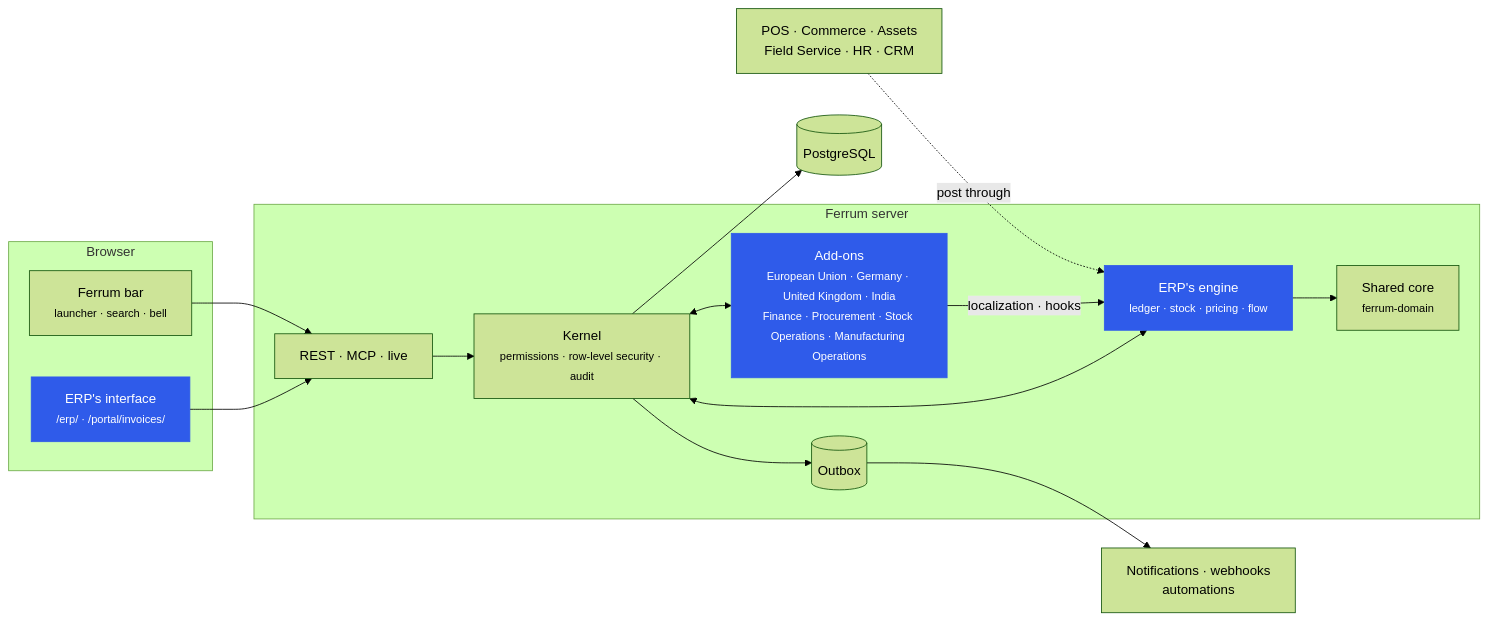
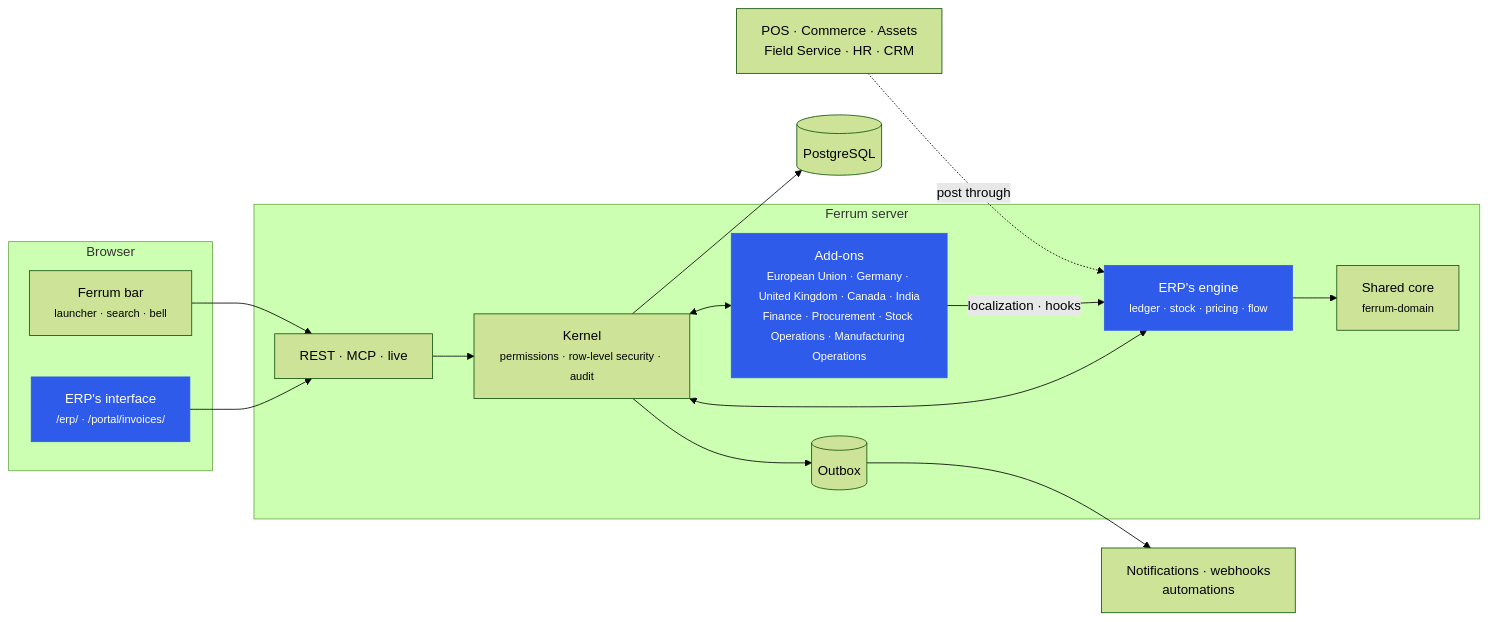
Before and after one commit to CBFerrum/ferrum-app-erp: the second of 3 diagrams in README.md, drawn with Mermaid (forest theme). The commit also changed other lines of this file, not shown here.

Commit message:
README: Canada 0.1.0 (GST/HST, PST/RST and QST by province, the GST/HST and QST returns)

````diff
--- a/README.md
+++ b/README.md
@@ -149,26 +151,26 @@
 ```mermaid
 flowchart LR
     subgraph Browser
         UI["ERP's interface<br/><small>/erp/ · /portal/invoices/</small>"]
         BAR["Ferrum bar<br/><small>launcher · search · bell</small>"]
     end
     subgraph Server["Ferrum server"]
         API["REST · MCP · live"]
         K["Kernel<br/><small>permissions · row-level security · audit</small>"]
         ENG["ERP's engine<br/><small>ledger · stock · pricing · flow</small>"]
-        ADD["Add-ons<br/><small>European Union · Germany · United Kingdom · India<br/>Finance · Procurement · Stock Operations · Manufacturing Operations</small>"]
+        ADD["Add-ons<br/><small>European Union · Germany · United Kingdom · Canada · India<br/>Finance · Procurement · Stock Operations · Manufacturing Operations</small>"]
         CORE["Shared core<br/><small>ferrum-domain</small>"]
         OB[("Outbox")]
     end
     DB[("PostgreSQL")]
     UI --> API --> K --> DB
     BAR --> API
     K <--> ENG
     K <--> ADD
     ADD -->|localization · hooks| ENG
     ENG --> CORE
     K --> OB --> EV["Notifications · webhooks<br/>automations"]
     APPS["POS · Commerce · Assets<br/>Field Service · HR · CRM"] -. post through .-> ENG
     classDef erp fill:#2f5bea,color:#fff,stroke:#2f5bea
     class UI,ENG,ADD erp
 ```
````
